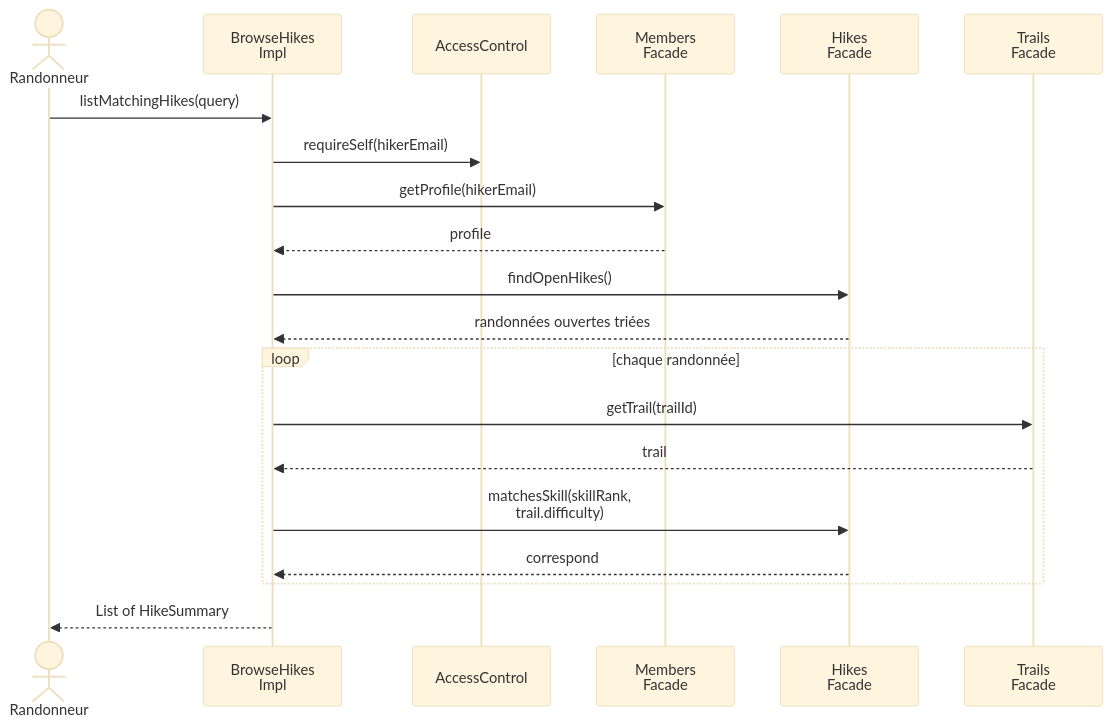
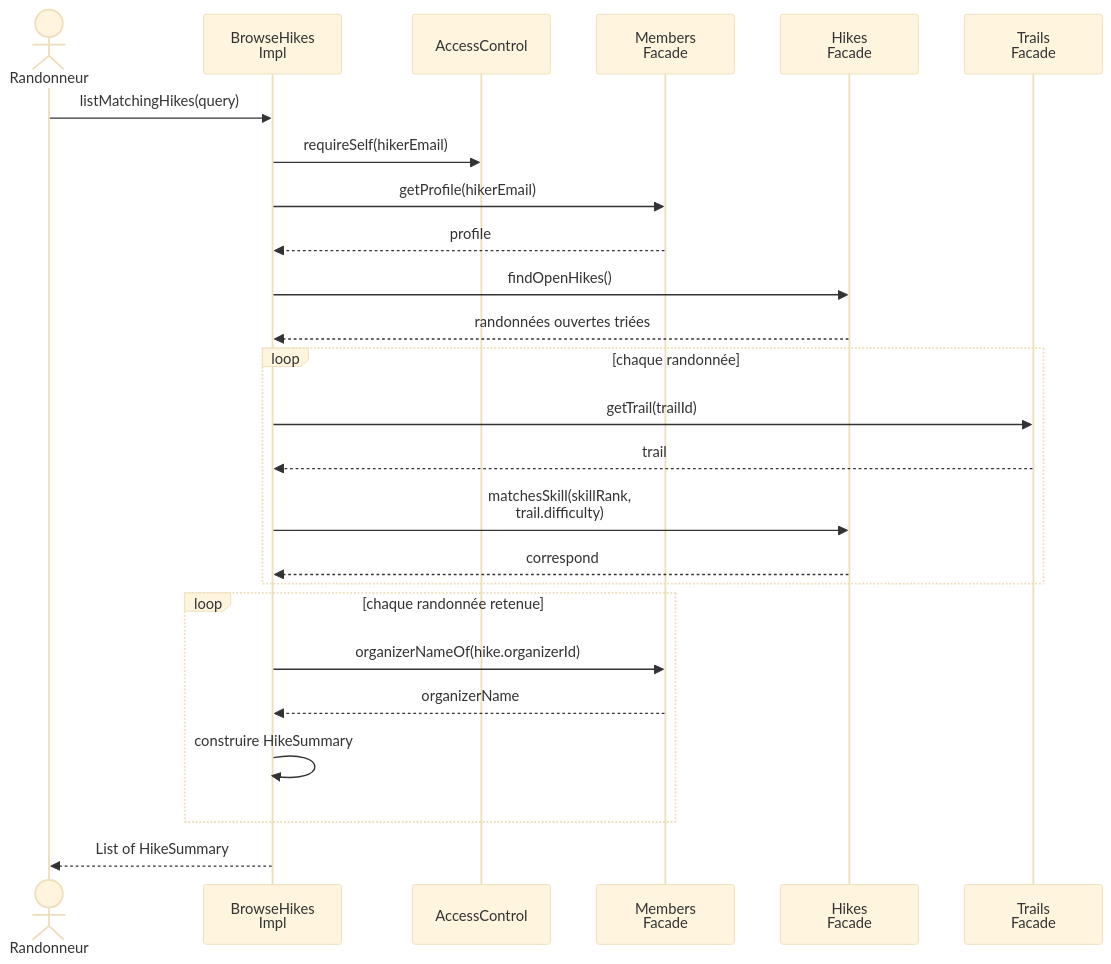
Diagram 25 of 32 in docs/Livrable2_CAR-HMS.md (SEG3502Lab/SEG3502Lab-Projet_CAR-HMS), drawn with Mermaid (base theme) before and after one commit. The commit also changed other lines of this file and 22 other files, not shown here.

````diff
--- a/docs/Livrable2_CAR-HMS.md
+++ b/docs/Livrable2_CAR-HMS.md
@@ -882,22 +831,27 @@
 ```mermaid
 sequenceDiagram
 actor V as Randonneur
 participant UC as BrowseHikes<br/>Impl
 participant AC as AccessControl
 participant M as Members<br/>Facade
 participant HF as Hikes<br/>Facade
 participant TR as Trails<br/>Facade
 V->>UC: listMatchingHikes(query)
 UC->>AC: requireSelf(hikerEmail)
 UC->>M: getProfile(hikerEmail)
 M-->>UC: profile
 UC->>HF: findOpenHikes()
 HF-->>UC: randonnées ouvertes triées
 loop chaque randonnée
   UC->>TR: getTrail(trailId)
   TR-->>UC: trail
   UC->>HF: matchesSkill(skillRank,<br/>trail.difficulty)
   HF-->>UC: correspond
 end
+loop chaque randonnée retenue
+    UC->>M: organizerNameOf(hike.organizerId)
+    M-->>UC: organizerName
+    UC->>UC: construire HikeSummary
+end
 UC-->>V: List of HikeSummary
 ```
````
